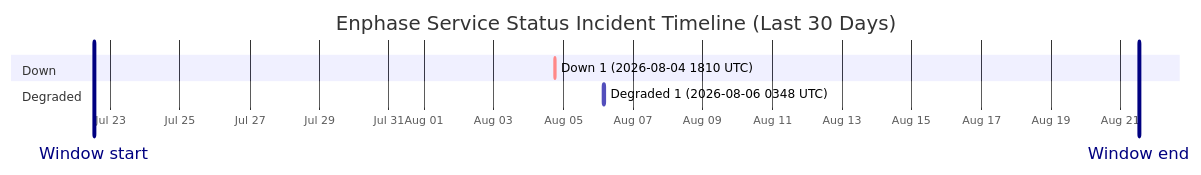
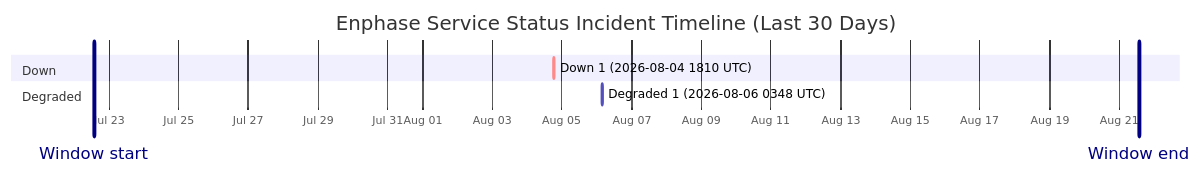
One commit to barneyonline/ha-enphase-energy changed the diagram in wiki/Service-Status-History.md. Above: the diagram before and after it, drawn with Mermaid. The commit also changed other lines of this file and 3 other files, not shown here.

````diff
--- a/wiki/Service-Status-History.md
+++ b/wiki/Service-Status-History.md
@@ -14,12 +14,12 @@
 ```mermaid
 gantt
     title Enphase Service Status Incident Timeline (Last 30 Days)
     dateFormat  YYYY-MM-DDTHH:mm:ss
     axisFormat  %b %d
-    Window start :vert, window-start, 2026-07-22T12:42:17, 0ms
-    Window end :vert, window-end, 2026-08-21T12:42:17, 0ms
+    Window start :vert, window-start, 2026-07-22T13:42:45, 0ms
+    Window end :vert, window-end, 2026-08-21T13:42:45, 0ms
     section Down
     Down 1 (2026-08-04 1810 UTC) :crit, down-1, 2026-08-04T18:10:46, 60m
     section Degraded
     Degraded 1 (2026-08-06 0348 UTC) :active, degraded-1, 2026-08-06T03:48:14, 60m
 ```
````
